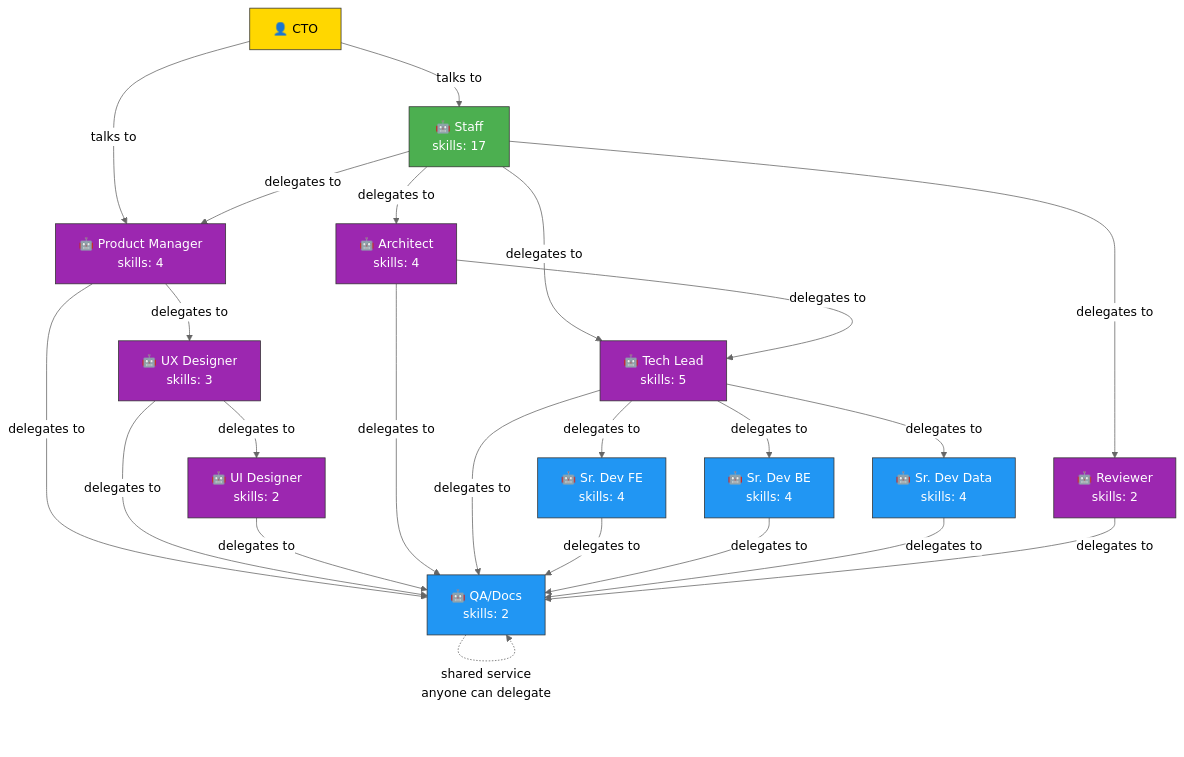
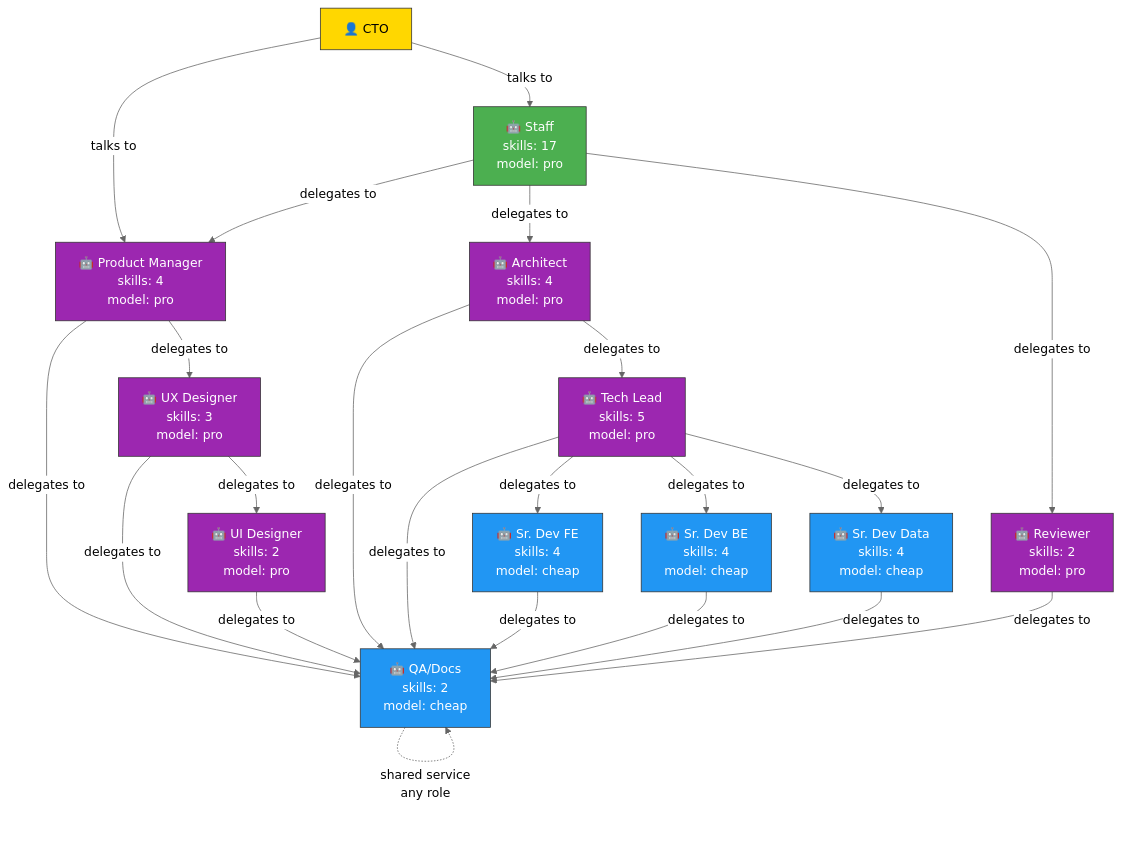
Before and after one commit to antonygiomarxdev/mill: the first of 3 diagrams in docs/ORG-CHART.md, drawn with Mermaid (neutral theme). The commit also changed other lines of this file, not shown here.

First line of the commit message:
docs: add architect between staff and tech lead

````diff
--- a/docs/ORG-CHART.md
+++ b/docs/ORG-CHART.md
@@ -5,46 +5,45 @@
 ```mermaid
 graph TD
     CTO[👤 CTO]
     
-    CTO -->|talks to| STAFF[🤖 Staff<br/>skills: 17]
-    CTO -->|talks to| PM[🤖 Product Manager<br/>skills: 4]
+    CTO -->|talks to| STAFF[🤖 Staff<br/>skills: 17<br/>model: pro]
+    CTO -->|talks to| PM[🤖 Product Manager<br/>skills: 4<br/>model: pro]
     
     STAFF -->|delegates to| PM
-    STAFF -->|delegates to| ARCH[🤖 Architect<br/>skills: 4]
-    STAFF -->|delegates to| TL[🤖 Tech Lead<br/>skills: 5]
-    STAFF -->|delegates to| REV[🤖 Reviewer<br/>skills: 2]
+    STAFF -->|delegates to| ARCH[🤖 Architect<br/>skills: 4<br/>model: pro]
+    STAFF -->|delegates to| REV[🤖 Reviewer<br/>skills: 2<br/>model: pro]
     
-    PM -->|delegates to| UX[🤖 UX Designer<br/>skills: 3]
-    PM -->|delegates to| QA[🤖 QA/Docs<br/>skills: 2]
+    PM -->|delegates to| UX[🤖 UX Designer<br/>skills: 3<br/>model: pro]
+    PM -->|delegates to| QA[🤖 QA/Docs<br/>skills: 2<br/>model: cheap]
     
-    UX -->|delegates to| UI[🤖 UI Designer<br/>skills: 2]
+    UX -->|delegates to| UI[🤖 UI Designer<br/>skills: 2<br/>model: pro]
     UX -->|delegates to| QA
     
     UI -->|delegates to| QA
     
-    ARCH -->|delegates to| TL
+    ARCH -->|delegates to| TL[🤖 Tech Lead<br/>skills: 5<br/>model: pro]
     ARCH -->|delegates to| QA
     
-    TL -->|delegates to| FE[🤖 Sr. Dev FE<br/>skills: 4]
-    TL -->|delegates to| BE[🤖 Sr. Dev BE<br/>skills: 4]
-    TL -->|delegates to| DATA[🤖 Sr. Dev Data<br/>skills: 4]
+    TL -->|delegates to| FE[🤖 Sr. Dev FE<br/>skills: 4<br/>model: cheap]
+    TL -->|delegates to| BE[🤖 Sr. Dev BE<br/>skills: 4<br/>model: cheap]
+    TL -->|delegates to| DATA[🤖 Sr. Dev Data<br/>skills: 4<br/>model: cheap]
     TL -->|delegates to| QA
     
     FE -->|delegates to| QA
     BE -->|delegates to| QA
     DATA -->|delegates to| QA
     
     REV -->|delegates to| QA
     
-    QA -.->|shared service<br/>anyone can delegate| QA
+    QA -.->|shared service<br/>any role| QA
     
     classDef human fill:#FFD700,stroke:#333,color:#000
     classDef active fill:#4CAF50,stroke:#333,color:#fff
     classDef pro fill:#9C27B0,stroke:#333,color:#fff
     classDef cheap fill:#2196F3,stroke:#333,color:#fff
     
     class CTO human
     class STAFF,PM active
     class PM,ARCH,TL,REV,UX,UI pro
     class FE,BE,DATA,QA cheap
 ```
````
